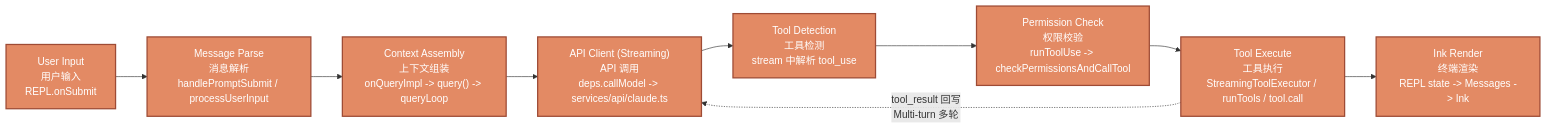
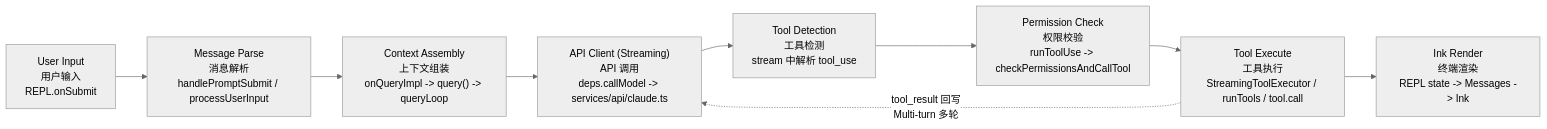
One commit to feuyeux/hello-claude-code changed the first of 2 diagrams in deep_dive_cx/05-query-and-request.md. Above: the diagram before and after it, drawn with Mermaid. The commit also changed other lines of this file and 27 other files, not shown here.

````diff
--- a/deep_dive_cx/05-query-and-request.md
+++ b/deep_dive_cx/05-query-and-request.md
@@ -24,15 +24,15 @@
 ```mermaid
+---
+config:
+  theme: neutral
+---
 flowchart LR
     A["User Input<br/>用户输入<br/>REPL.onSubmit"] --> B["Message Parse<br/>消息解析<br/>handlePromptSubmit / processUserInput"]
     B --> C["Context Assembly<br/>上下文组装<br/>onQueryImpl -> query() -> queryLoop"]
     C --> D["API Client (Streaming)<br/>API 调用<br/>deps.callModel -> services/api/claude.ts"]
     D --> E["Tool Detection<br/>工具检测<br/>stream 中解析 tool_use"]
     E --> F["Permission Check<br/>权限校验<br/>runToolUse -> checkPermissionsAndCallTool"]
     F --> G["Tool Execute<br/>工具执行<br/>StreamingToolExecutor / runTools / tool.call"]
     G --> H["Ink Render<br/>终端渲染<br/>REPL state -> Messages -> Ink"]
-
     G -. "tool_result 回写<br/>Multi-turn 多轮" .-> D
-
-    classDef stage fill:#E38A64,stroke:#9E4B35,color:#ffffff,stroke-width:2px;
-    class A,B,C,D,E,F,G,H stage;
 ```
````
